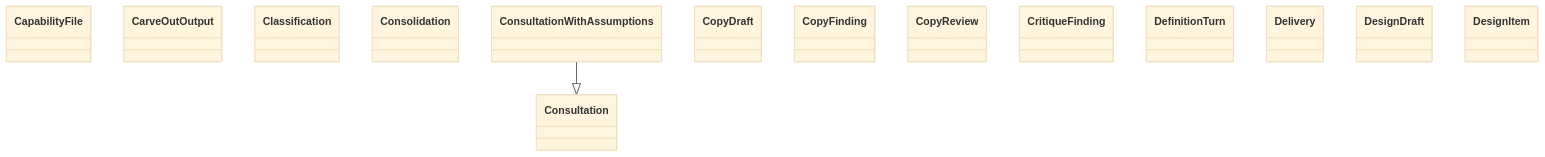
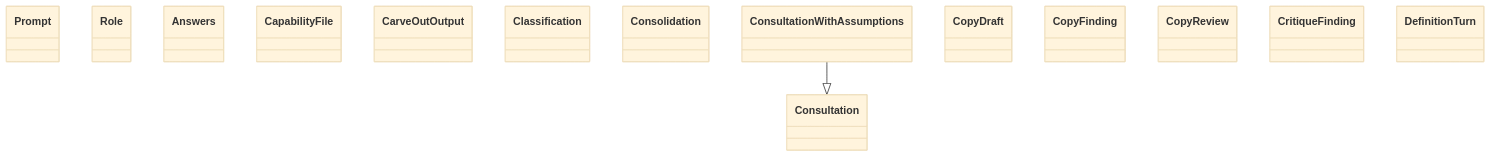
One commit to GonzaloZevallos/agentic-system changed the diagram in docs/architecture/generated/classes-process-domain-roles-2.md. Above: the diagram before and after it, drawn with Mermaid (base theme). The commit also changed other lines of this file and 4 other files, not shown here.

Commit message:
Regenerate the class diagrams for PrototypeListing, Resolved and Refused

````diff
--- a/docs/architecture/generated/classes-process-domain-roles-2.md
+++ b/docs/architecture/generated/classes-process-domain-roles-2.md
@@ -32,18 +32,18 @@
 ```mermaid
 classDiagram
+    class roles__Prompt["Prompt"]
+    class roles__Role["Role"]
+    class schemas__Answers["Answers"]
     class schemas__CapabilityFile["CapabilityFile"]
     class schemas__CarveOutOutput["CarveOutOutput"]
     class schemas__Classification["Classification"]
     class schemas__Consolidation["Consolidation"]
     class schemas__Consultation["Consultation"]
     class schemas__ConsultationWithAssumptions["ConsultationWithAssumptions"]
     class schemas__CopyDraft["CopyDraft"]
     class schemas__CopyFinding["CopyFinding"]
     class schemas__CopyReview["CopyReview"]
     class schemas__CritiqueFinding["CritiqueFinding"]
     class schemas__DefinitionTurn["DefinitionTurn"]
-    class schemas__Delivery["Delivery"]
-    class schemas__DesignDraft["DesignDraft"]
-    class schemas__DesignItem["DesignItem"]
     schemas__ConsultationWithAssumptions --|> schemas__Consultation
 ```
````
